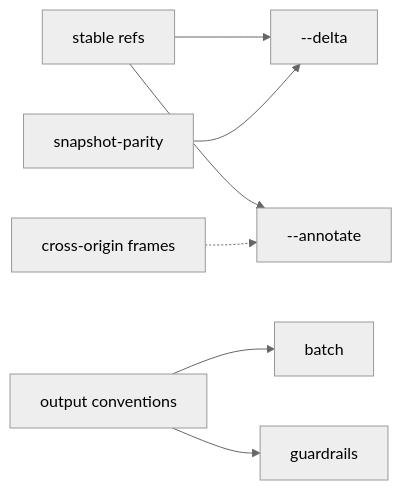
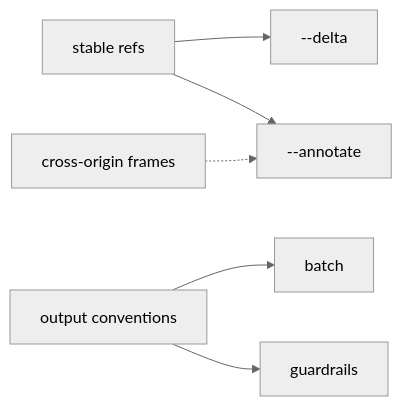
The diagram in docs/proposals/agent-browser-parity/README.md (ThilinaTLM/browser-valet), drawn with Mermaid (neutral theme) before and after one commit. The commit also changed other lines of this file and 12 other files, not shown here.

````diff
--- a/docs/proposals/agent-browser-parity/README.md
+++ b/docs/proposals/agent-browser-parity/README.md
@@ -35,9 +34,8 @@
 ```mermaid
 flowchart LR
   SD[stable refs] --> DL[--delta]
   SD --> AN[--annotate]
-  SP[snapshot-parity] --> DL
   OC[output conventions] --> B[batch]
   OC --> G[guardrails]
   XF[cross-origin frames] -.-> AN
 ```
````
